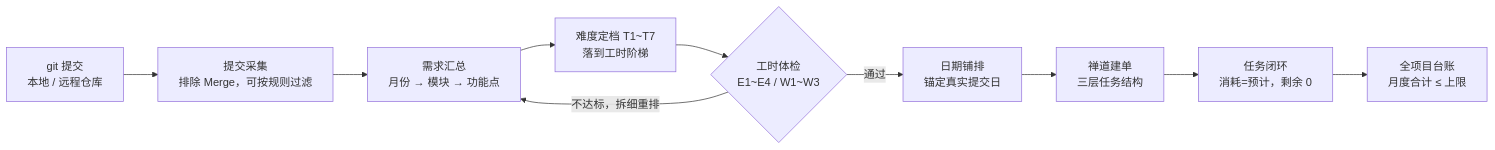
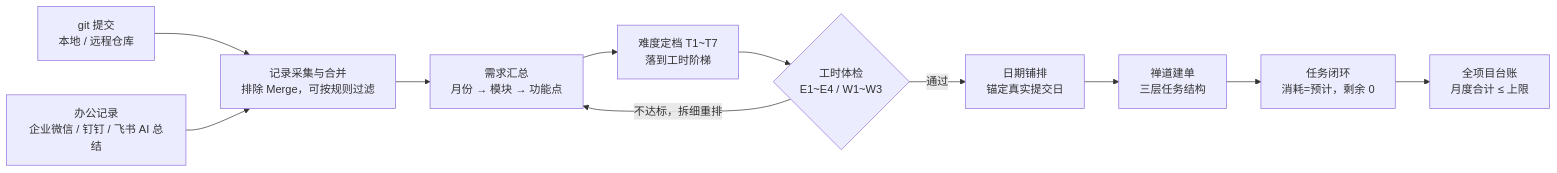
Before and after one commit to 1414894911/git2zentao: the diagram in README.md, drawn with Mermaid. The commit also changed other lines of this file and 8 other files, not shown here.

````diff
--- a/README.md
+++ b/README.md
@@ -33,12 +34,13 @@
 ```mermaid
 flowchart LR
-    A["git 提交<br/>本地 / 远程仓库"] --> B["提交采集<br/>排除 Merge，可按规则过滤"]
+    A["git 提交<br/>本地 / 远程仓库"] --> B["记录采集与合并<br/>排除 Merge，可按规则过滤"]
+    A2["办公记录<br/>企业微信 / 钉钉 / 飞书 AI 总结"] --> B
     B --> C["需求汇总<br/>月份 → 模块 → 功能点"]
     C --> D["难度定档 T1~T7<br/>落到工时阶梯"]
     D --> E{"工时体检<br/>E1~E4 / W1~W3"}
     E -- 不达标，拆细重排 --> C
     E -- 通过 --> F["日期铺排<br/>锚定真实提交日"]
     F --> G["禅道建单<br/>三层任务结构"]
     G --> H["任务闭环<br/>消耗=预计，剩余 0"]
     H --> I["全项目台账<br/>月度合计 ≤ 上限"]
 ```
````
